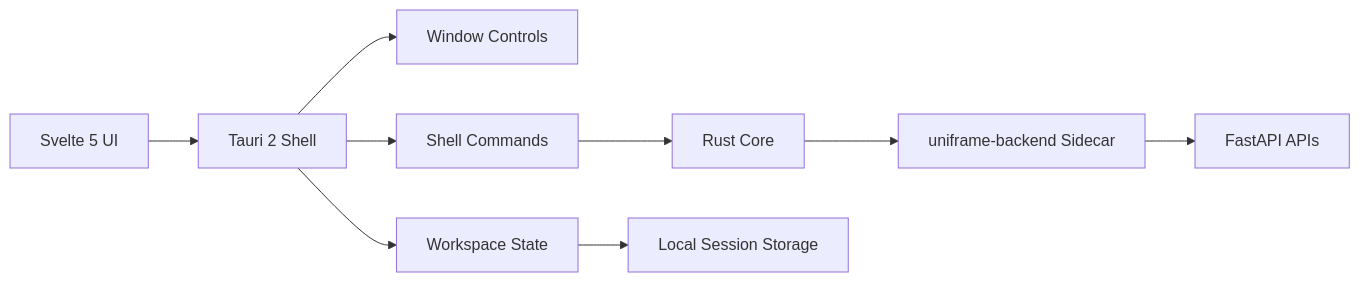
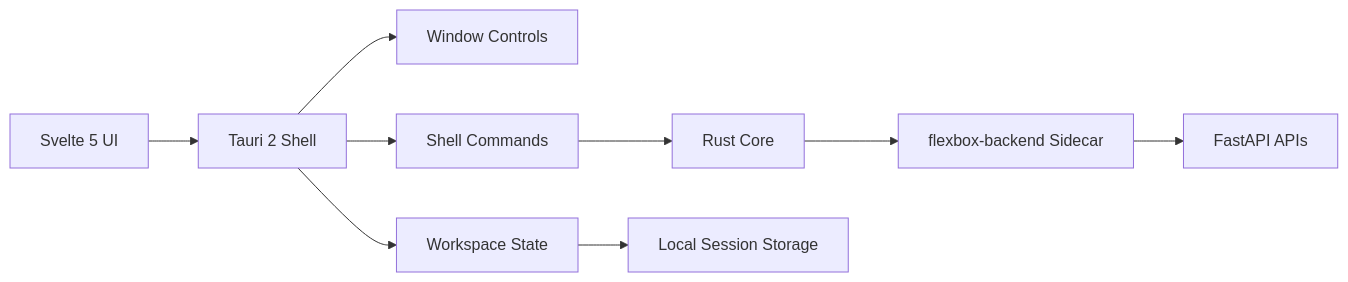
One commit to mucahitfezabektas/FLEXBOX changed the diagram in README.md. Above: the diagram before and after it, drawn with Mermaid. The commit also changed other lines of this file and 16 other files, not shown here.

````diff
--- a/README.md
+++ b/README.md
@@ -29,11 +29,11 @@
 ```mermaid
 flowchart LR
     A["Svelte 5 UI"] --> B["Tauri 2 Shell"]
     B --> C["Window Controls"]
     B --> D["Workspace State"]
     B --> E["Shell Commands"]
     E --> F["Rust Core"]
-    F --> G["uniframe-backend Sidecar"]
+    F --> G["flexbox-backend Sidecar"]
     G --> H["FastAPI APIs"]
     D --> I["Local Session Storage"]
 ```
````
